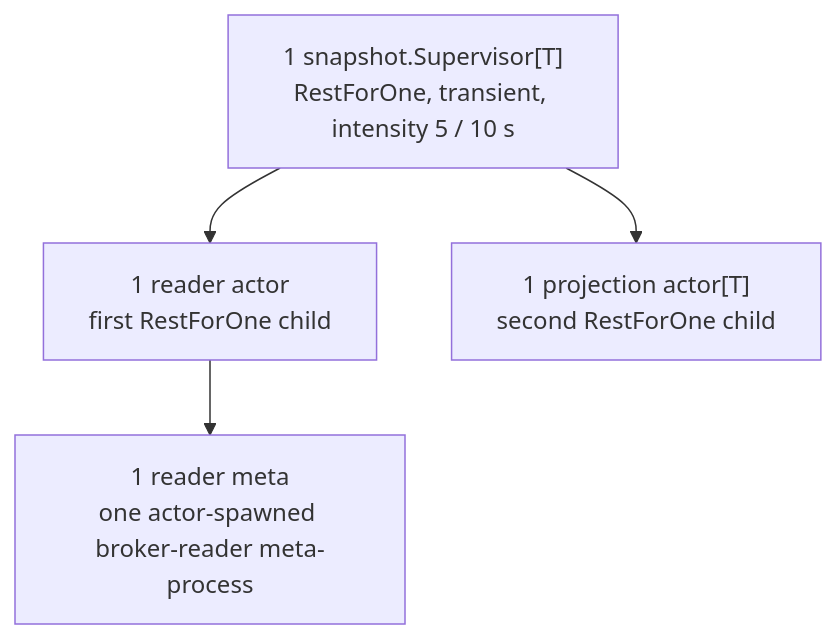
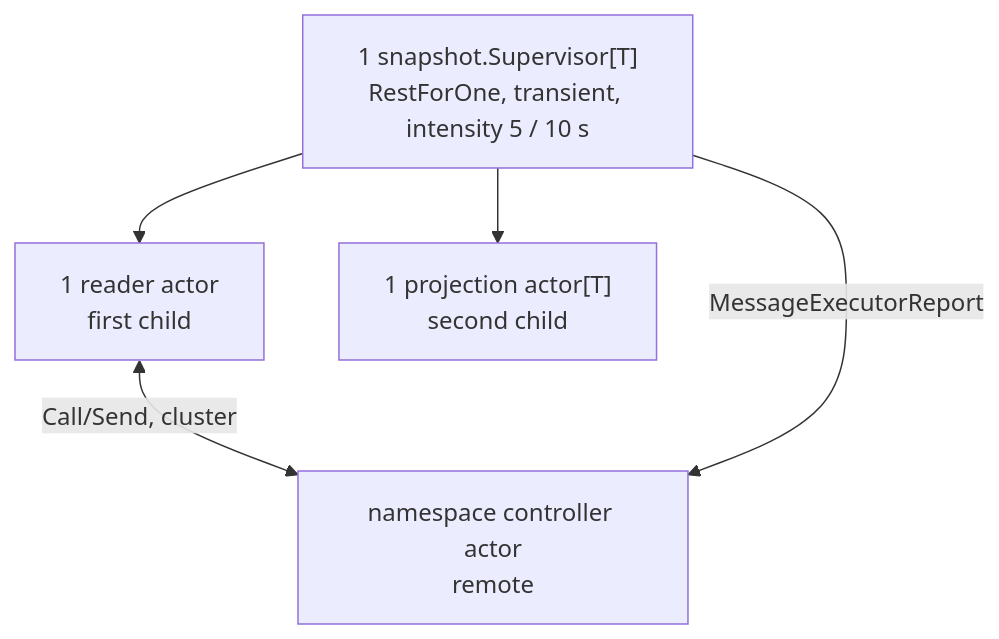
The first of 4 diagrams in docs/internals/snapshot-runtime.md (HarishHary/blink), drawn with Mermaid before and after one commit. The commit also changed other lines of this file and 115 other files, not shown here.

````diff
--- a/docs/internals/snapshot-runtime.md
+++ b/docs/internals/snapshot-runtime.md
@@ -7,10 +9,11 @@
 ```mermaid
 flowchart TB
   supervisor["1 snapshot.Supervisor[T]\nRestForOne, transient, intensity 5 / 10 s"]
-  reader["1 reader actor\nfirst RestForOne child"]
-  meta["1 reader meta\none actor-spawned broker-reader meta-process"]
-  projection["1 projection actor[T]\nsecond RestForOne child"]
+  reader["1 reader actor\nfirst child"]
+  controller["namespace controller actor\nremote"]
+  projection["1 projection actor[T]\nsecond child"]
   supervisor --> reader
   supervisor --> projection
-  reader --> meta
+  reader <-->|Call/Send, cluster| controller
+  supervisor -->|MessageExecutorReport| controller
 ```
````
